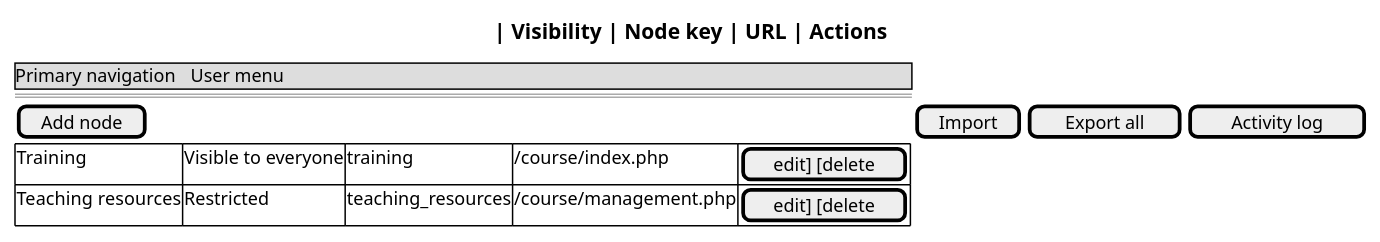
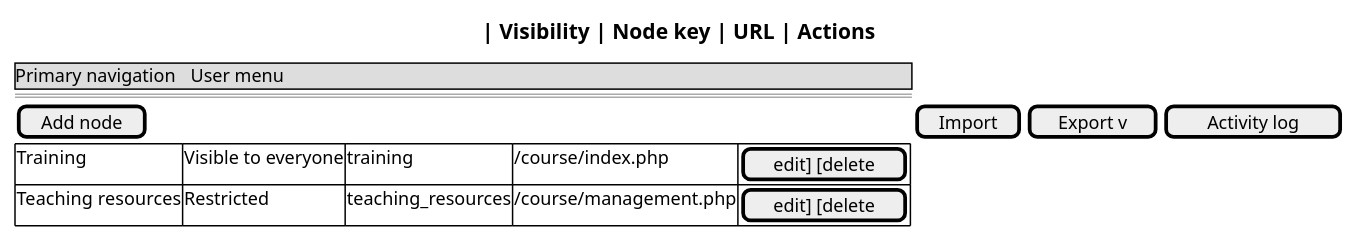
One commit to didactika/moodle-local_extendednav changed the diagram in docs/es/technical/requirements/use-cases/manageNodes/wireframes.puml. Above: the diagram before and after it, drawn with PlantUML. The commit also changed 59 other files, not shown here.

First line of the commit message:
docs: the secondary navigations, the site administration and the activity log as they work now, in user and technical documentation

```diff
--- a/docs/es/technical/requirements/use-cases/manageNodes/wireframes.puml
+++ b/docs/es/technical/requirements/use-cases/manageNodes/wireframes.puml
@@ -1,12 +1,12 @@
 @startsalt
 {
   {* Primary navigation | User menu }
   ==
-  [ Add node ] | [ Import ] | [ Export all ] | [ Activity log ]
+  [ Add node ] | [ Import ] | [ Export v ] | [ Activity log ]
   {#
     Title | Visibility | Node key | URL | Actions
     Training | Visible to everyone | training | /course/index.php | [edit] [delete]
     Teaching resources | Restricted | teaching_resources | /course/management.php | [edit] [delete]
   }
 }
 @endsalt
```
